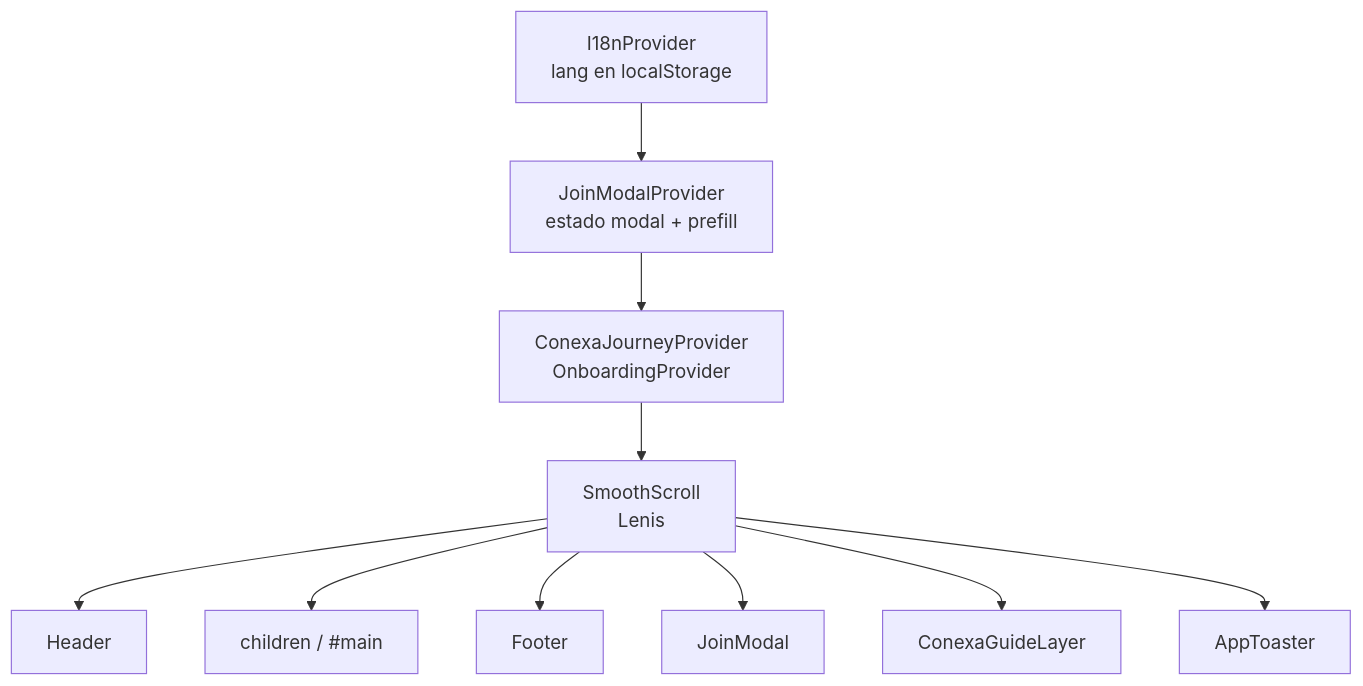
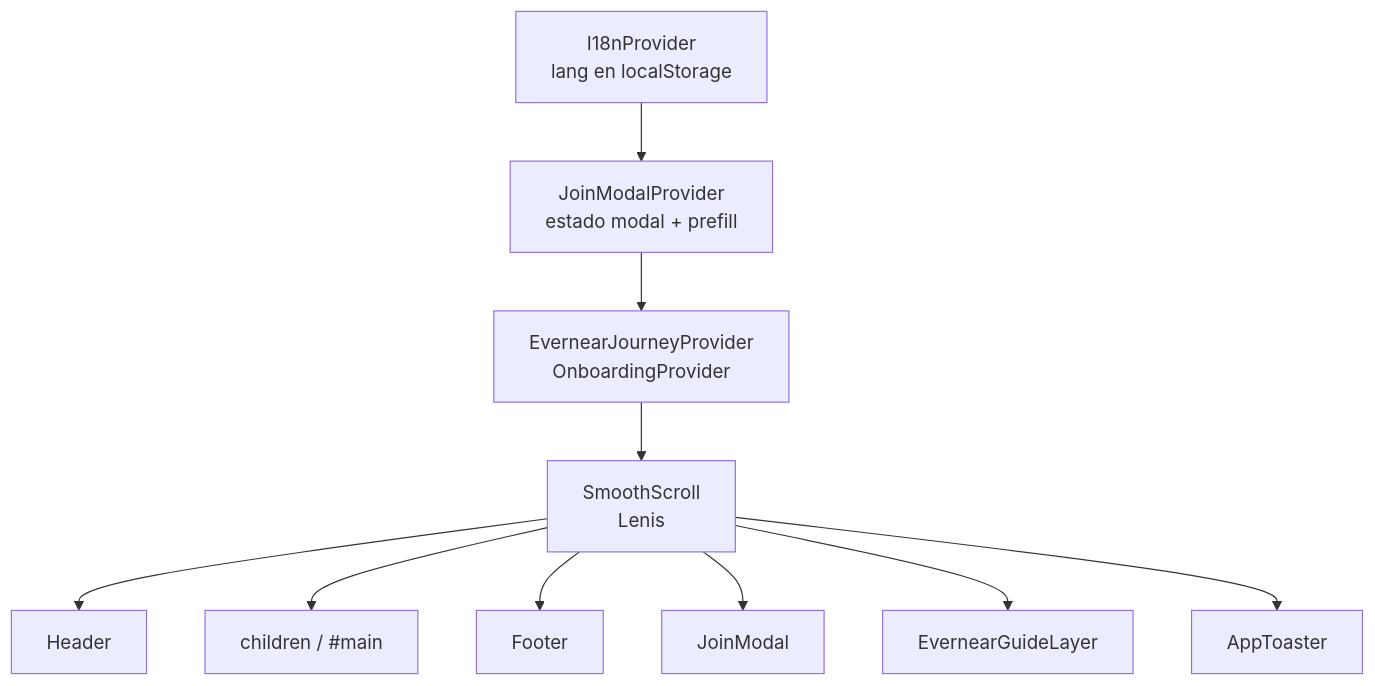
One commit to evernear-ig/evernear-site changed the second of 3 diagrams in docs/arquitectura.md. Above: the diagram before and after it, drawn with Mermaid. The commit also changed other lines of this file and 264 other files, not shown here.

First line of the commit message:
Rebrand codebase from Trinexus/CONEXA to Evernear.

````diff
--- a/docs/arquitectura.md
+++ b/docs/arquitectura.md
@@ -55,14 +55,14 @@
 ```mermaid
 flowchart TD
   I18n["I18nProvider\nlang en localStorage"]
   Join["JoinModalProvider\nestado modal + prefill"]
-  Journey["ConexaJourneyProvider\nOnboardingProvider"]
+  Journey["EvernearJourneyProvider\nOnboardingProvider"]
   Scroll["SmoothScroll\nLenis"]
   I18n --> Join --> Journey --> Scroll
   Scroll --> Header
   Scroll --> Main["children / #main"]
   Scroll --> Footer
   Scroll --> JoinModal
-  Scroll --> ConexaGuideLayer
+  Scroll --> EvernearGuideLayer
   Scroll --> AppToaster
 ```
````
